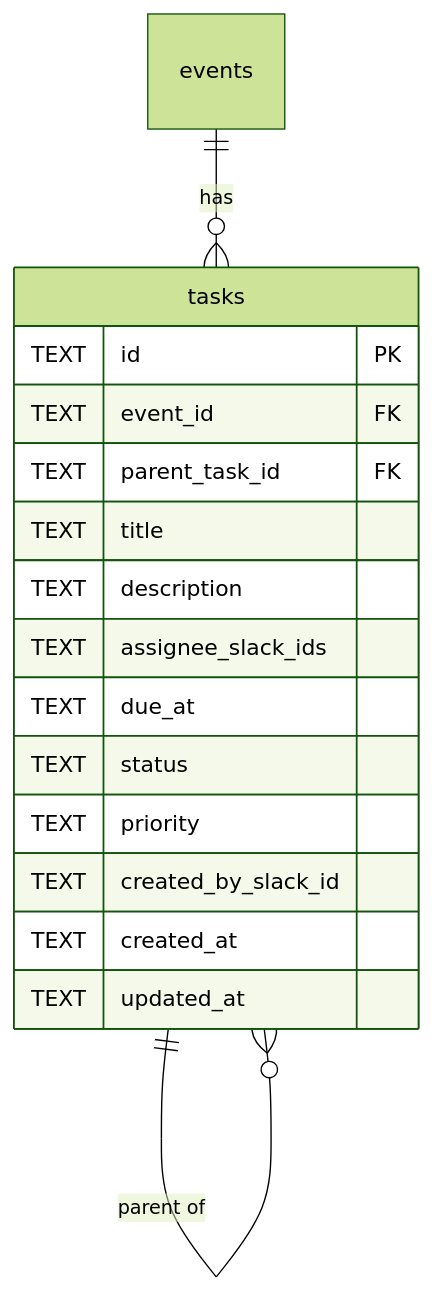
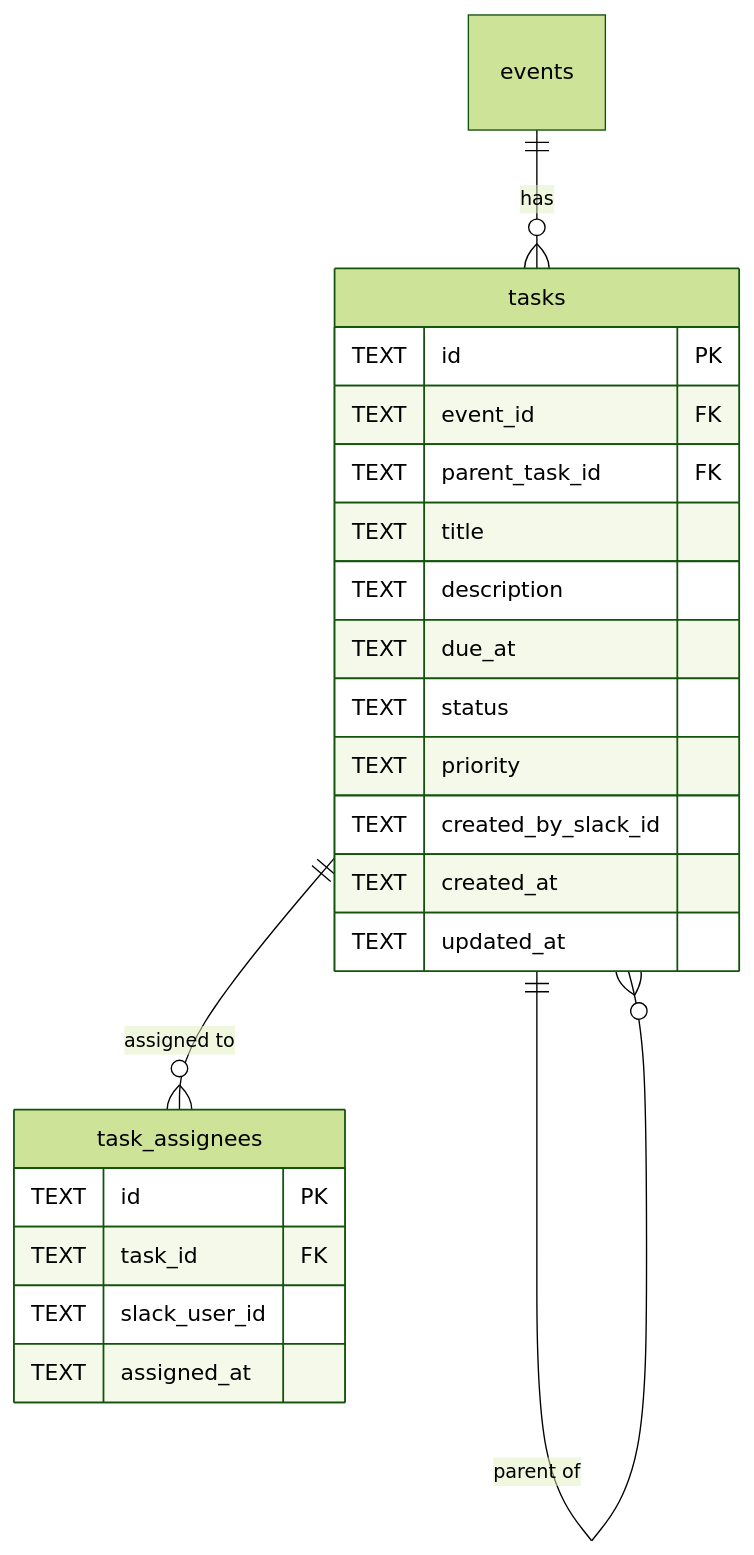
One commit to ko-tarou/leaders-meetup-bot changed the diagram in docs/adr/0002-task-management.md. Above: the diagram before and after it, drawn with Mermaid (forest theme). The commit also changed other lines of this file, not shown here.

First line of the commit message:
ADR-0002: Geminiレビュー対応 - 正規化・UTC統一・Slack UX改善

````diff
--- a/docs/adr/0002-task-management.md
+++ b/docs/adr/0002-task-management.md
@@ -46,19 +59,25 @@
 ```mermaid
 erDiagram
   events ||--o{ tasks : has
   tasks ||--o{ tasks : "parent of"
+  tasks ||--o{ task_assignees : "assigned to"
   tasks {
     TEXT id PK
     TEXT event_id FK
     TEXT parent_task_id FK
     TEXT title
     TEXT description
-    TEXT assignee_slack_ids
     TEXT due_at
     TEXT status
     TEXT priority
     TEXT created_by_slack_id
     TEXT created_at
     TEXT updated_at
   }
+  task_assignees {
+    TEXT id PK
+    TEXT task_id FK
+    TEXT slack_user_id
+    TEXT assigned_at
+  }
 ```
````
